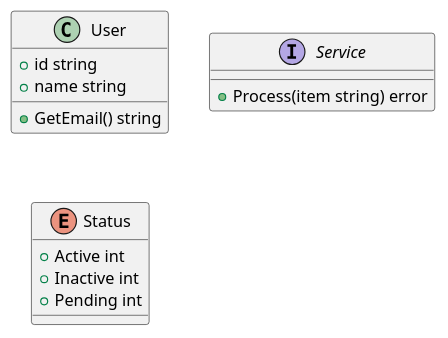
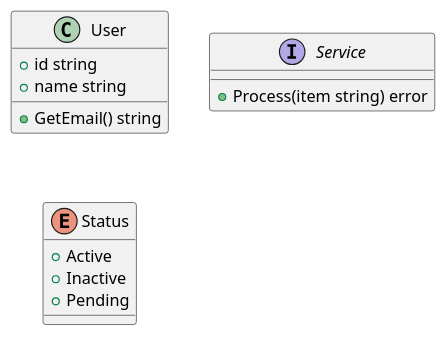
The diagram in input/generator_testdata/entity_declarations.puml (yur4uwe/puml-as-code), drawn with PlantUML before and after one commit. The commit also changed 6 other files, not shown here.

```diff
--- a/input/generator_testdata/entity_declarations.puml
+++ b/input/generator_testdata/entity_declarations.puml
@@ -1,17 +1,17 @@
 @startuml
 class User {
   +id string
   +name string
   +GetEmail() string
 }
 
 interface Service {
   +Process(item string) error
 }
 
 enum Status {
-  +Active int
-  +Inactive int
-  +Pending int
+  +Active
+  +Inactive
+  +Pending
 }
 @enduml
```
